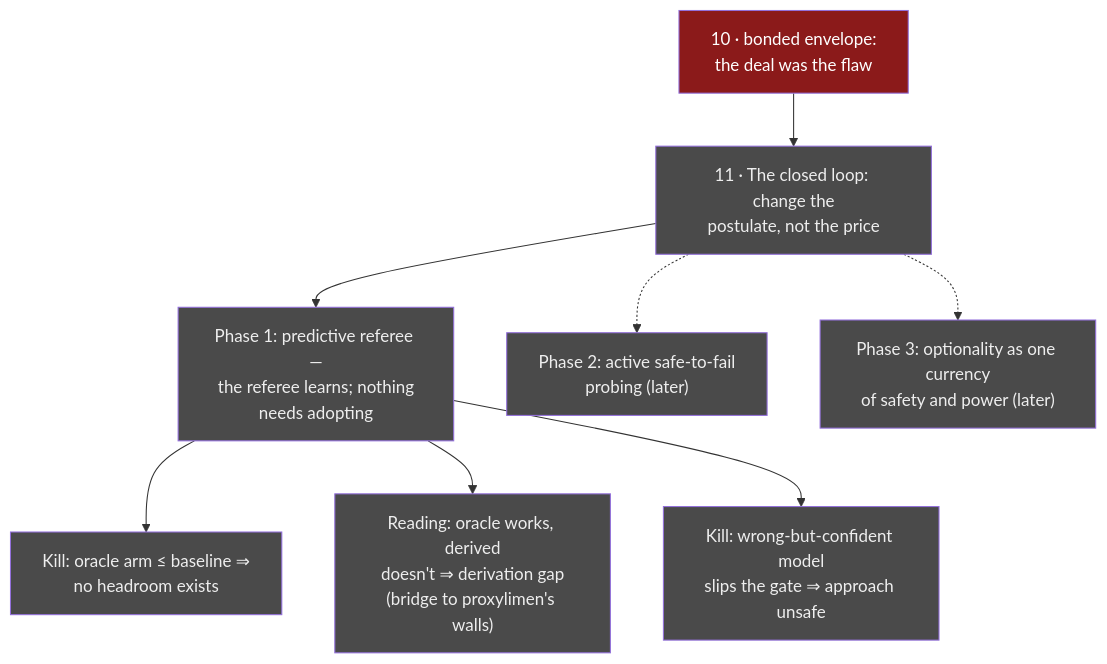
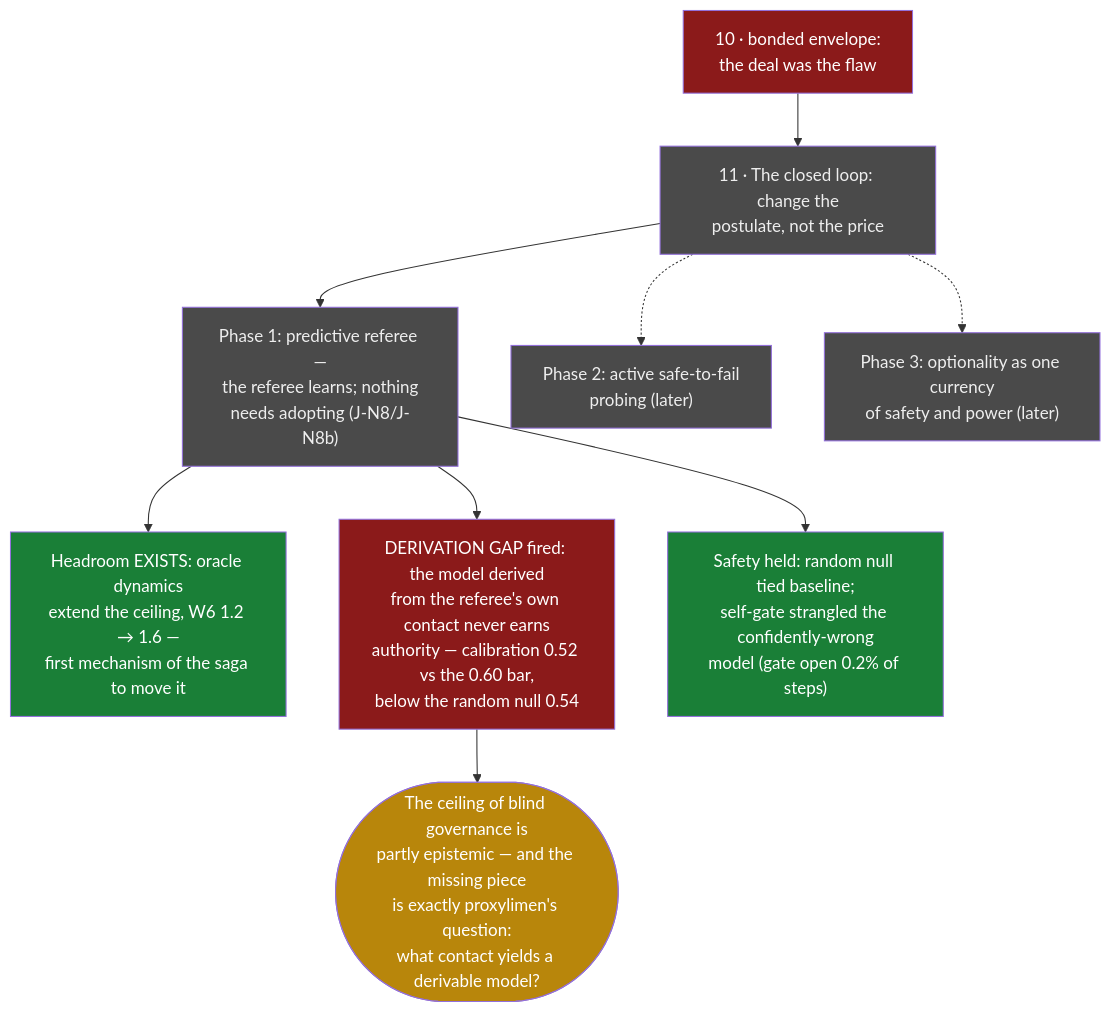
One commit to Kirill-Kruglov/ascesis changed the diagram in ontology/lines/11-the-closed-loop.md. Above: the diagram before and after it, drawn with Mermaid. The commit also changed other lines of this file and 1 other file, not shown here.

First line of the commit message:
Line 11 phase 1: the derivation gap — headroom exists, contact cannot derive it

````diff
--- a/ontology/lines/11-the-closed-loop.md
+++ b/ontology/lines/11-the-closed-loop.md
@@ -22,14 +27,17 @@
 ```mermaid
 flowchart TD
+    classDef verified fill:#1a7f37,color:#fff
     classDef falsified fill:#8b1a1a,color:#fff
     classDef open fill:#4a4a4a,color:#eee
+    classDef concl fill:#b8860b,color:#fff
 
     Y10["10 · bonded envelope:<br/>the deal was the flaw"]:::falsified --> Z
     Z["11 · The closed loop: change the<br/>postulate, not the price"]:::open
-    Z --> P1["Phase 1: predictive referee —<br/>the referee learns; nothing<br/>needs adopting"]:::open
-    P1 --> K1["Kill: oracle arm ≤ baseline ⇒<br/>no headroom exists"]:::open
-    P1 --> K2["Reading: oracle works, derived<br/>doesn't ⇒ derivation gap<br/>(bridge to proxylimen's walls)"]:::open
-    P1 --> K3["Kill: wrong-but-confident model<br/>slips the gate ⇒ approach unsafe"]:::open
+    Z --> P1["Phase 1: predictive referee —<br/>the referee learns; nothing<br/>needs adopting (J-N8/J-N8b)"]:::open
+    P1 --> K1["Headroom EXISTS: oracle dynamics<br/>extend the ceiling, W6 1.2 → 1.6 —<br/>first mechanism of the saga to move it"]:::verified
+    P1 --> K2["DERIVATION GAP fired: the model derived<br/>from the referee's own contact never earns<br/>authority — calibration 0.52 vs the 0.60 bar,<br/>below the random null 0.54"]:::falsified
+    P1 --> K3["Safety held: random null tied baseline;<br/>self-gate strangled the confidently-wrong<br/>model (gate open 0.2% of steps)"]:::verified
+    K2 --> C1(["The ceiling of blind governance is<br/>partly epistemic — and the missing piece<br/>is exactly proxylimen's question:<br/>what contact yields a derivable model?"]):::concl
     Z -.-> P2["Phase 2: active safe-to-fail<br/>probing (later)"]:::open
     Z -.-> P3["Phase 3: optionality as one currency<br/>of safety and power (later)"]:::open
 ```
````
